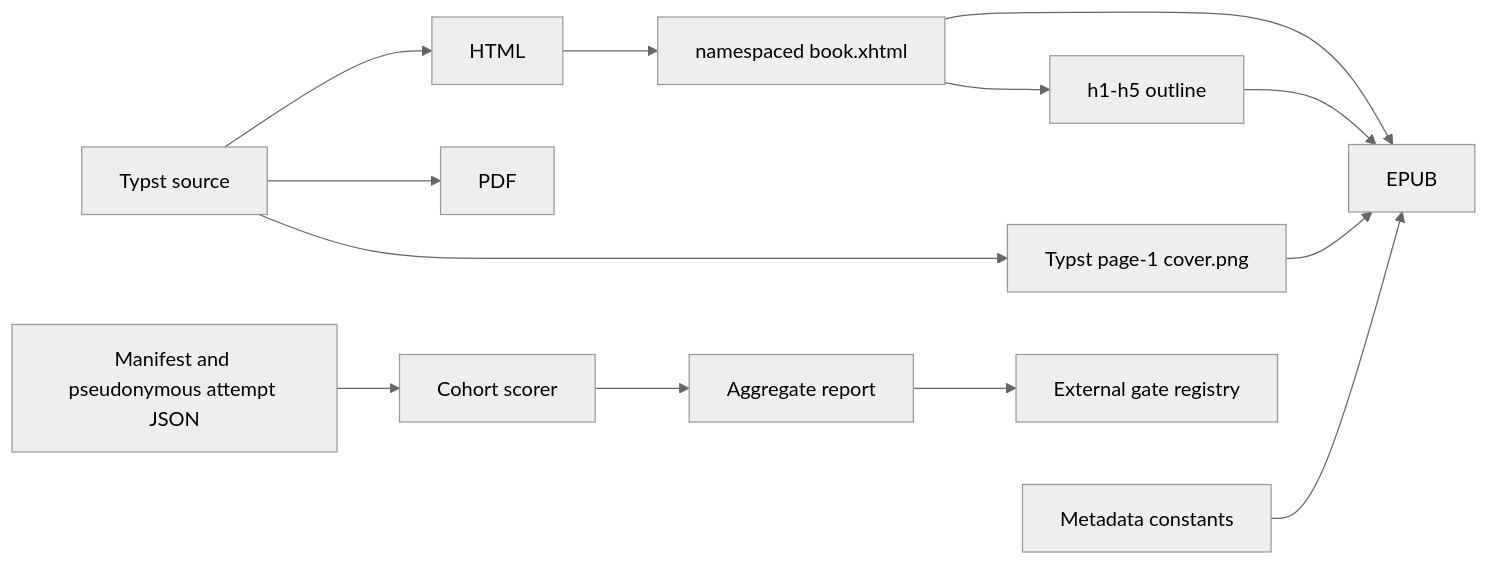
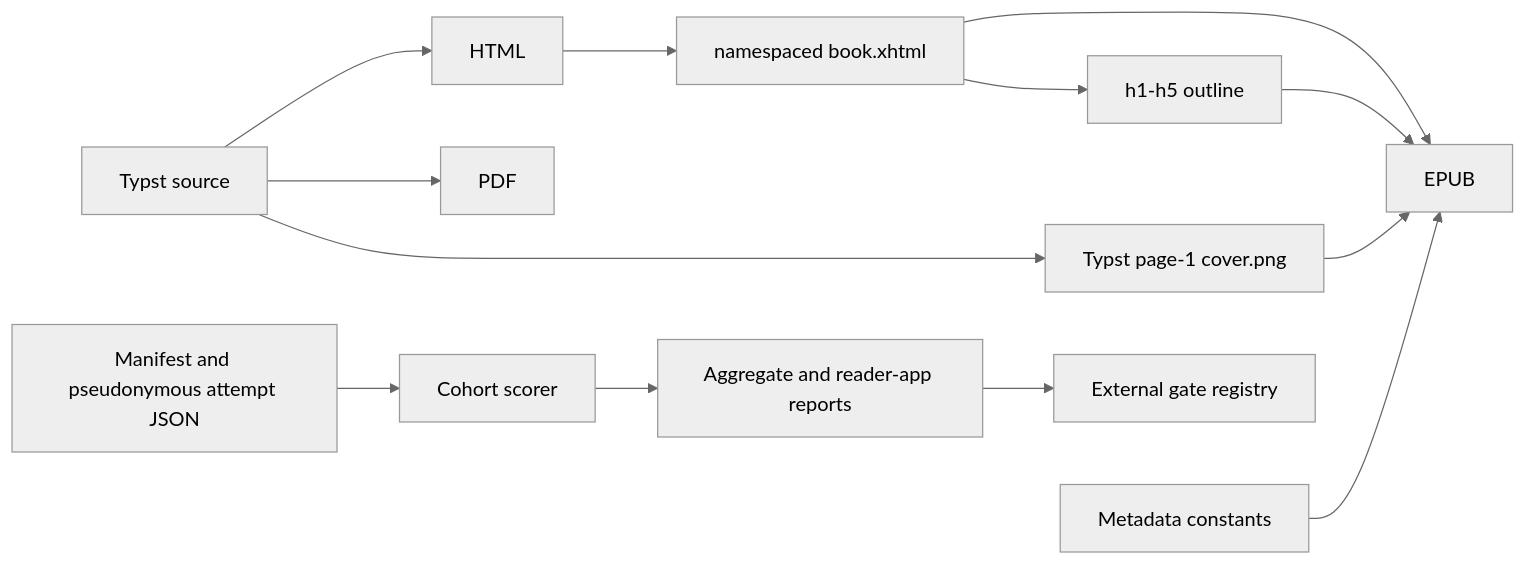
The fifth of 5 diagrams in scripts/AGENTS.md (streamentry/streamentry), drawn with Mermaid (neutral theme) before and after one commit. The commit also changed other lines of this file and 33 other files, not shown here.

````diff
--- a/scripts/AGENTS.md
+++ b/scripts/AGENTS.md
@@ -108,15 +109,15 @@
 ```mermaid
 flowchart LR
   T["Typst source"] --> H["HTML"]
   T --> P["PDF"]
   H --> X["namespaced book.xhtml"]
   X --> N["h1-h5 outline"]
   T --> I["Typst page-1 cover.png"]
   X --> Z["EPUB"]
   N --> Z
   I --> Z
   D["Metadata constants"] --> Z
   R["Manifest and pseudonymous attempt JSON"] --> C["Cohort scorer"]
-  C --> A["Aggregate report"]
+  C --> A["Aggregate and reader-app reports"]
   A --> G["External gate registry"]
 ```
````
